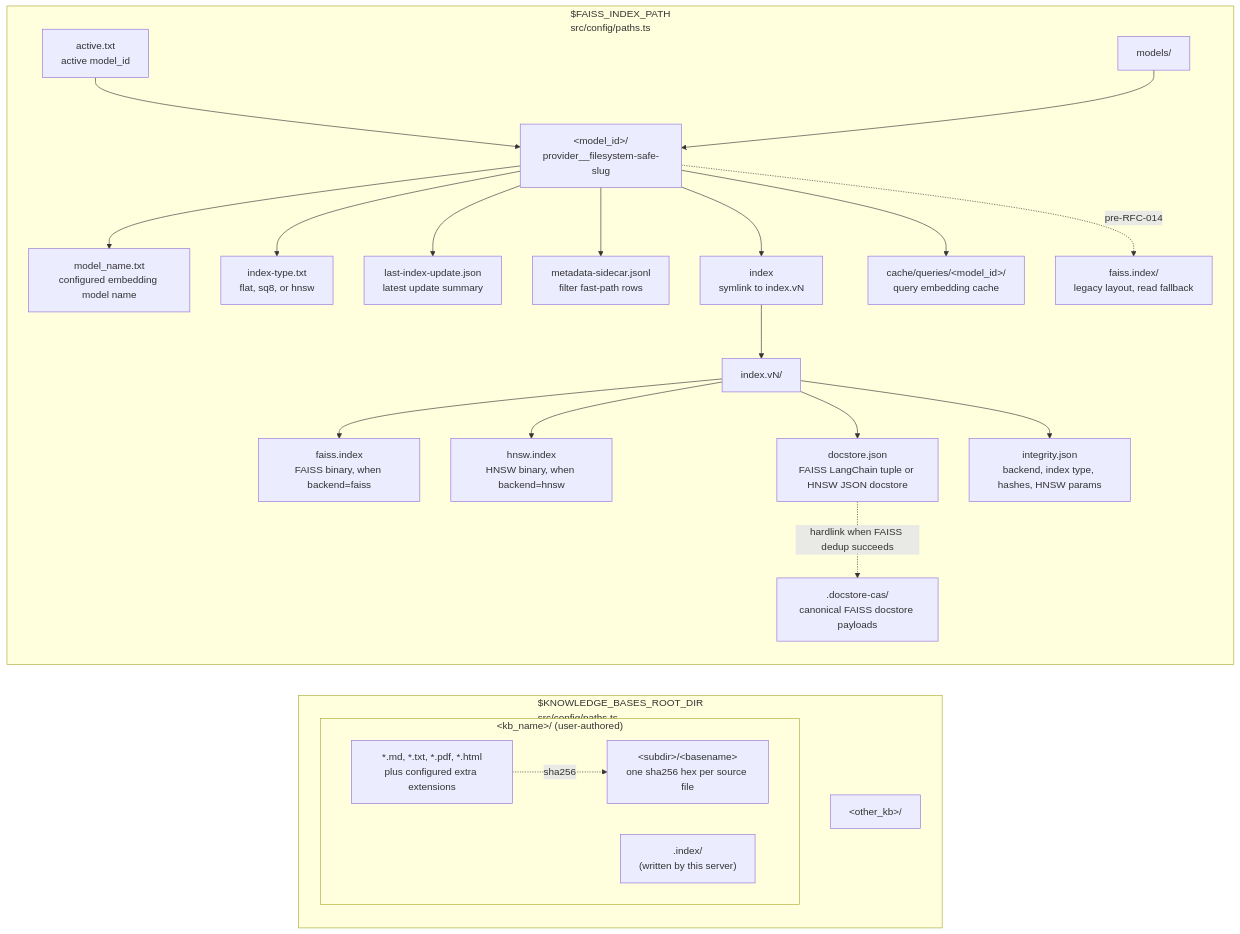
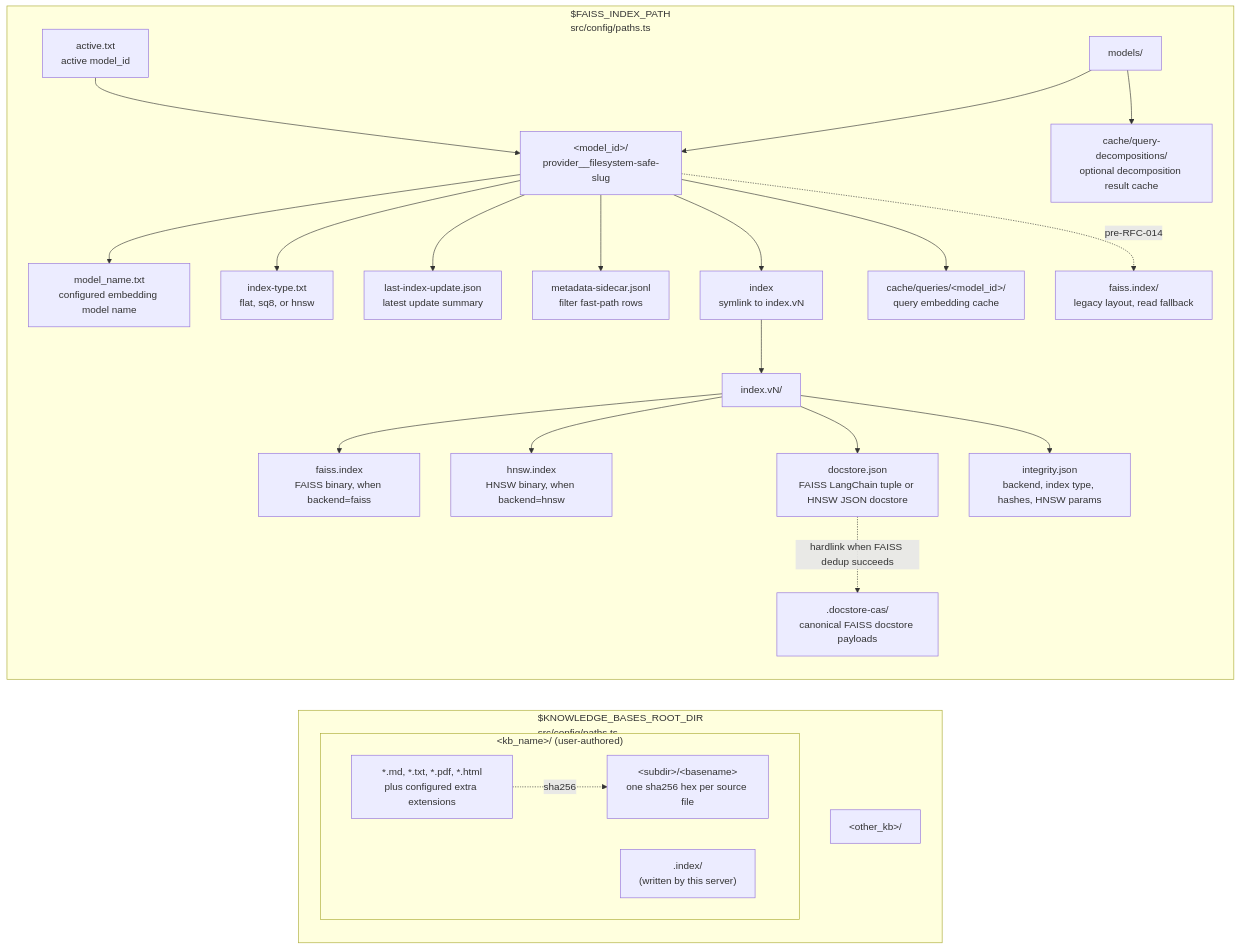
Before and after one commit to jeanibarz/knowledge-base-mcp-server: the diagram in docs/architecture/data-model.md, drawn with Mermaid. The commit also changed other lines of this file and 5 other files, not shown here.

Commit message:
docs: align MCP and architecture capability models

````diff
--- a/docs/architecture/data-model.md
+++ b/docs/architecture/data-model.md
@@ -7,49 +7,51 @@
 ```mermaid
 flowchart LR
   subgraph kbs["$KNOWLEDGE_BASES_ROOT_DIR<br/>src/config/paths.ts"]
     direction TB
     subgraph kb1["&lt;kb_name&gt;/  (user-authored)"]
       Source["*.md, *.txt, *.pdf, *.html<br/>plus configured extra extensions"]
       SidecarDir[".index/<br/>(written by this server)"]
       Sidecar["&lt;subdir&gt;/&lt;basename&gt;<br/>one sha256 hex per source file"]
       Source -.sha256.-> Sidecar
     end
     kb2["&lt;other_kb&gt;/"]
   end
 
   subgraph faiss["$FAISS_INDEX_PATH<br/>src/config/paths.ts"]
     direction TB
     Active["active.txt<br/>active model_id"]
     Models["models/"]
     ModelDir["&lt;model_id&gt;/<br/>provider__filesystem-safe-slug"]
       ModelName["model_name.txt<br/>configured embedding model name"]
       IndexType["index-type.txt<br/>flat, sq8, or hnsw"]
       LastUpdate["last-index-update.json<br/>latest update summary"]
       MetadataSidecar["metadata-sidecar.jsonl<br/>filter fast-path rows"]
       IndexLink["index<br/>symlink to index.vN"]
       Version["index.vN/"]
       Faiss["faiss.index<br/>FAISS binary, when backend=faiss"]
       Hnsw["hnsw.index<br/>HNSW binary, when backend=hnsw"]
       Docs["docstore.json<br/>FAISS LangChain tuple or HNSW JSON docstore"]
       Integrity["integrity.json<br/>backend, index type, hashes, HNSW params"]
       Cas[".docstore-cas/<br/>canonical FAISS docstore payloads"]
       QueryCache["cache/queries/&lt;model_id&gt;/<br/>query embedding cache"]
+      DecompositionCache["cache/query-decompositions/<br/>optional decomposition result cache"]
       Legacy["faiss.index/<br/>legacy layout, read fallback"]
 
     Active --> ModelDir
     Models --> ModelDir
     ModelDir --> ModelName
     ModelDir --> IndexType
     ModelDir --> LastUpdate
     ModelDir --> MetadataSidecar
     ModelDir --> IndexLink
     IndexLink --> Version
     Version --> Faiss
     Version --> Hnsw
     Version --> Docs
     Version --> Integrity
     Docs -.hardlink when FAISS dedup succeeds.-> Cas
     ModelDir --> QueryCache
+    Models --> DecompositionCache
     ModelDir -.pre-RFC-014.-> Legacy
   end
 ```
````
